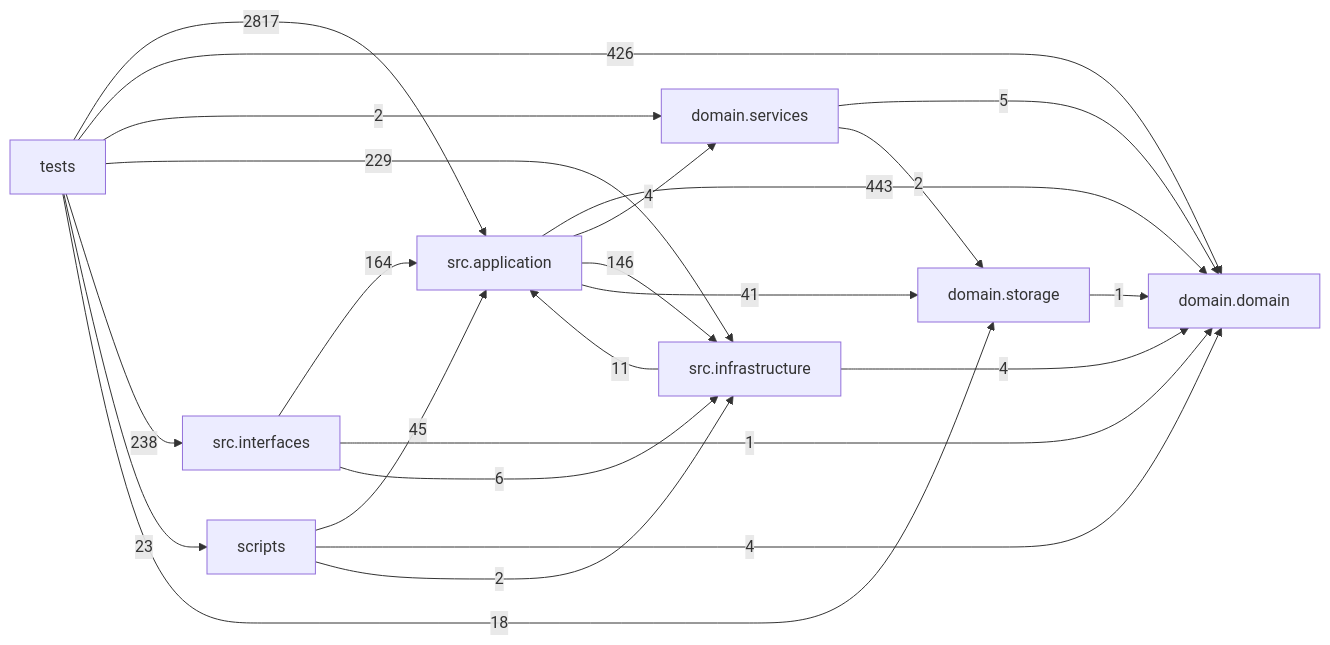
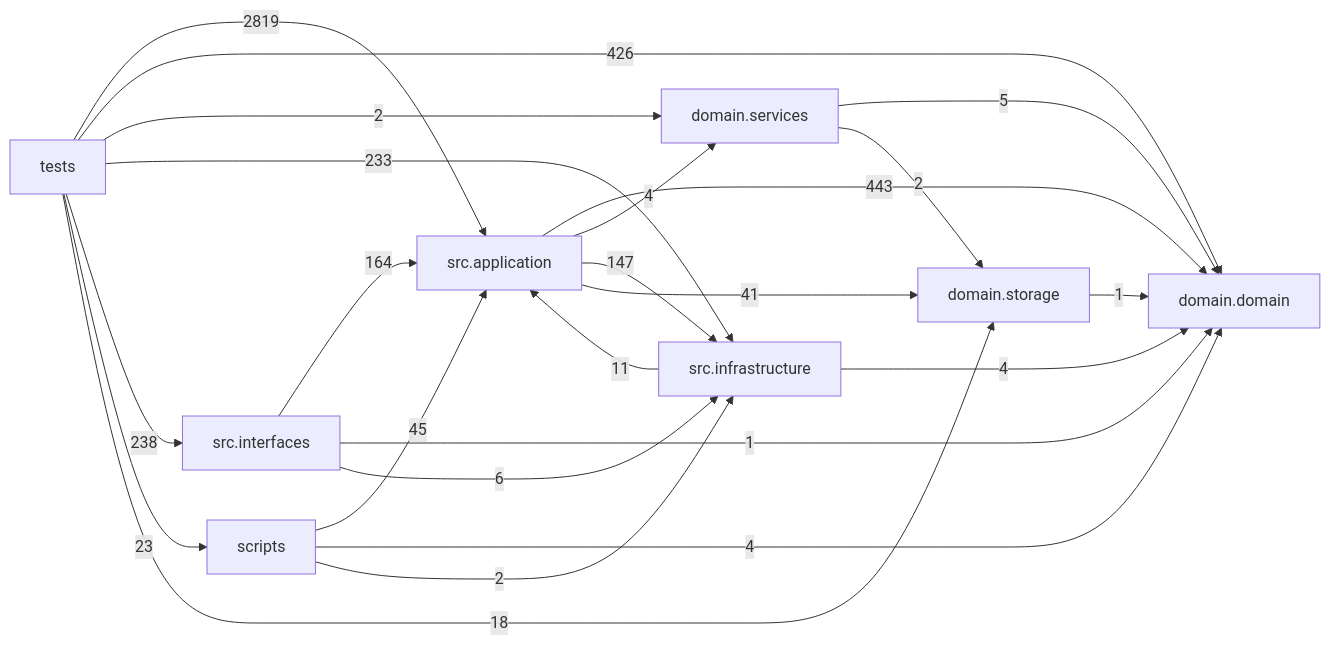
Before and after one commit to liuxie066/options-monitor: the diagram in docs/DEPENDENCY_GRAPH.md, drawn with Mermaid. The commit also changed other lines of this file and 15 other files, not shown here.

````diff
--- a/docs/DEPENDENCY_GRAPH.md
+++ b/docs/DEPENDENCY_GRAPH.md
@@ -24,33 +24,33 @@
 ```mermaid
 flowchart LR
   tests["tests"]
   scripts["scripts"]
   interfaces["src.interfaces"]
   application["src.application"]
   infrastructure["src.infrastructure"]
   domain_services["domain.services"]
   domain["domain.domain"]
   storage["domain.storage"]
   application -->|443| domain
   application -->|4| domain_services
-  application -->|146| infrastructure
+  application -->|147| infrastructure
   application -->|41| storage
   domain_services -->|5| domain
   domain_services -->|2| storage
   infrastructure -->|11| application
   infrastructure -->|4| domain
   interfaces -->|164| application
   interfaces -->|1| domain
   interfaces -->|6| infrastructure
   scripts -->|45| application
   scripts -->|4| domain
   scripts -->|2| infrastructure
   storage -->|1| domain
-  tests -->|2817| application
+  tests -->|2819| application
   tests -->|426| domain
   tests -->|2| domain_services
-  tests -->|229| infrastructure
+  tests -->|233| infrastructure
   tests -->|238| interfaces
   tests -->|23| scripts
   tests -->|18| storage
 ```
````
